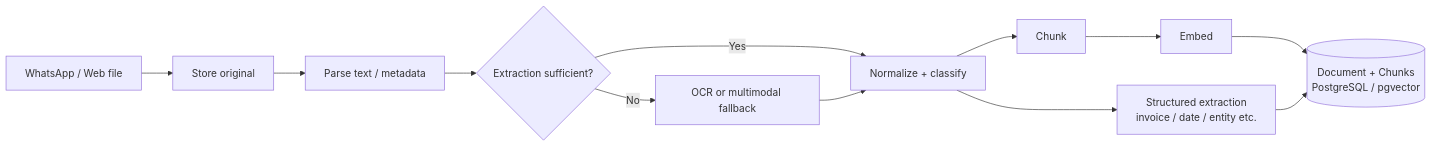
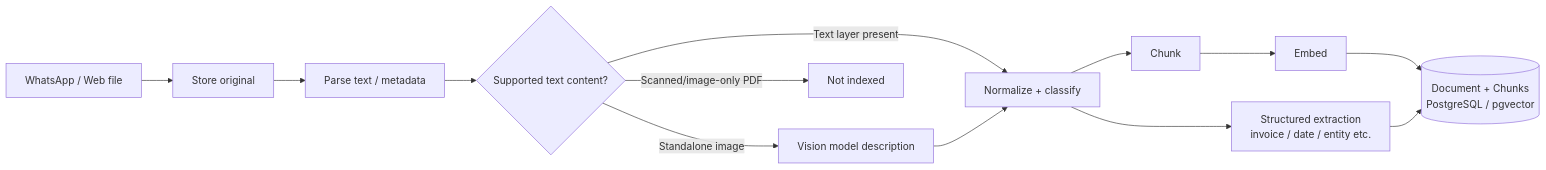
One commit to MuslimMujahid/sydia changed the fifth of 7 diagrams in docs/Sydia_System_Architecture.md. Above: the diagram before and after it, drawn with Mermaid. The commit also changed other lines of this file and 8 other files, not shown here.

````diff
--- a/docs/Sydia_System_Architecture.md
+++ b/docs/Sydia_System_Architecture.md
@@ -343,14 +343,15 @@
 ```mermaid
 flowchart LR
     A[WhatsApp / Web file] --> B[Store original]
     B --> C[Parse text / metadata]
-    C --> D{Extraction sufficient?}
-    D -->|No| E[OCR or multimodal fallback]
-    D -->|Yes| F[Normalize + classify]
+    C --> D{Supported text content?}
+    D -->|Standalone image| E[Vision model description]
+    D -->|Text layer present| F[Normalize + classify]
+    D -->|Scanned/image-only PDF| X[Not indexed]
     E --> F
     F --> G[Chunk]
     G --> H[Embed]
     H --> DB[(Document + Chunks<br/>PostgreSQL / pgvector)]
-    F --> X[Structured extraction<br/>invoice / date / entity etc.]
-    X --> DB
+    F --> Y[Structured extraction<br/>invoice / date / entity etc.]
+    Y --> DB
 ```
````
